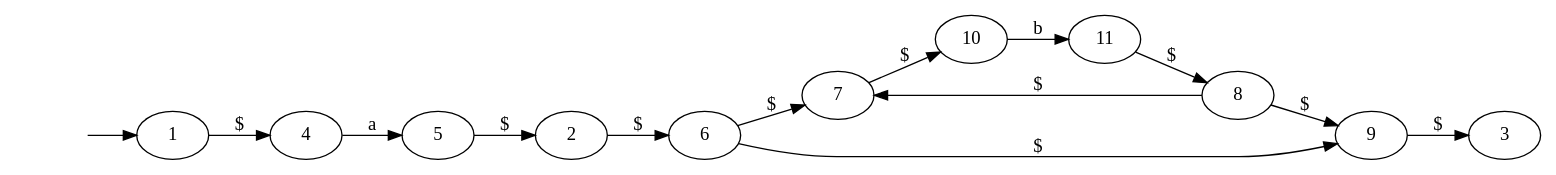
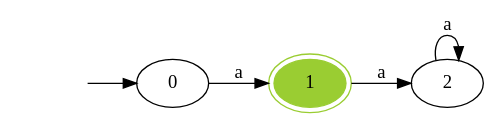
One commit to Kevintjeb/automata changed the diagram in output/automataDot.dot. Above: the diagram before and after it, drawn with Graphviz. The commit also changed 9 other files, not shown here.

```diff
--- a/output/automataDot.dot
+++ b/output/automataDot.dot
@@ -1,54 +1,20 @@
 digraph g {
 
 rankdir=LR; 
 
 NOTHING [label="", shape=none];
+"0" [ label = "0" ]; 
+
 "1" [ label = "1" ]; 
 
 "2" [ label = "2" ]; 
 
-"3" [ label = "3" ]; 
+"0" -> "1" [ label = "a" ]; 
 
-"4" [ label = "4" ]; 
+"1" -> "2" [ label = "a" ]; 
 
-"5" [ label = "5" ]; 
+"2" -> "2" [ label = "a" ]; 
 
-"6" [ label = "6" ]; 
-
-"7" [ label = "7" ]; 
-
-"8" [ label = "8" ]; 
-
-"9" [ label = "9" ]; 
-
-"10" [ label = "10" ]; 
-
-"11" [ label = "11" ]; 
-
-"1" -> "4" [ label = "$" ]; 
-
-"2" -> "6" [ label = "$" ]; 
-
-"4" -> "5" [ label = "a" ]; 
-
-"5" -> "2" [ label = "$" ]; 
-
-"6" -> "7" [ label = "$" ]; 
-
-"6" -> "9" [ label = "$" ]; 
-
-"7" -> "10" [ label = "$" ]; 
-
-"8" -> "7" [ label = "$" ]; 
-
-"8" -> "9" [ label = "$" ]; 
-
-"9" -> "3" [ label = "$" ]; 
-
-"10" -> "11" [ label = "b" ]; 
-
-"11" -> "8" [ label = "$" ]; 
-
-NOTHING -> "1";
-
+NOTHING -> "0";
+"1" [ peripheries=2, style=filled, color=yellowgreen ]
 }
```
